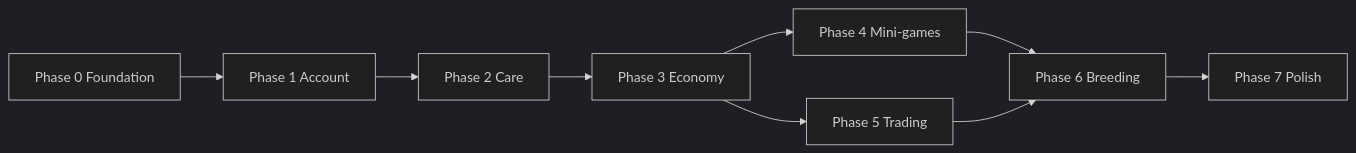
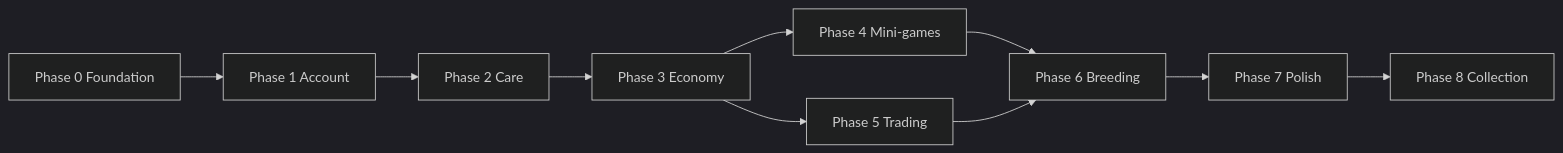
Before and after one commit to Browndini/FP-2.0: the diagram in docs/ROADMAP.md, drawn with Mermaid (dark theme). The commit also changed other lines of this file and 29 other files, not shown here.

````diff
--- a/docs/ROADMAP.md
+++ b/docs/ROADMAP.md
@@ -267,11 +407,12 @@
 ```mermaid
 flowchart LR
   P0[Phase 0 Foundation] --> P1[Phase 1 Account]
   P1 --> P2[Phase 2 Care]
   P2 --> P3[Phase 3 Economy]
   P3 --> P4[Phase 4 Mini-games]
   P3 --> P5[Phase 5 Trading]
   P4 --> P6[Phase 6 Breeding]
   P5 --> P6
   P6 --> P7[Phase 7 Polish]
+  P7 --> P8[Phase 8 Collection]
 ```
````
